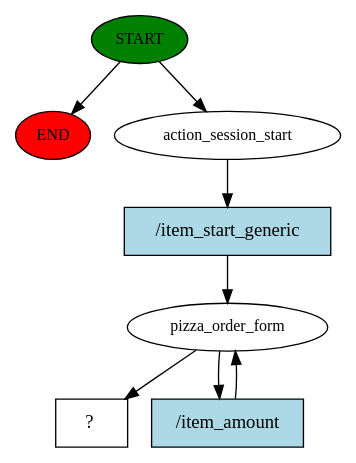
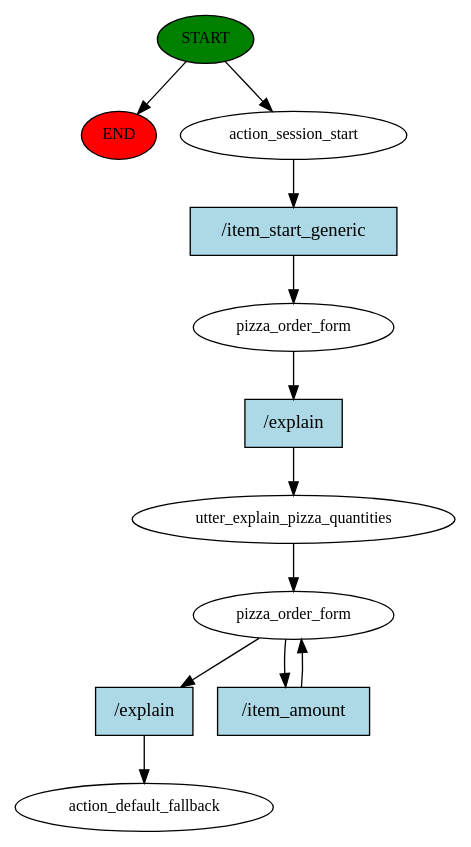
The diagram in story_graph.dot (ericsua/PizzaBot), drawn with Graphviz before and after one commit. The commit also changed 6 other files, not shown here.

Commit message:
fix actions, more ack response, future orders skeleton, greet rule, TOCHECK examples of mixed pizza steps (size+crust), synonyms, stories with explain at every step not working, only first one

```diff
--- a/story_graph.dot
+++ b/story_graph.dot
@@ -1,16 +1,24 @@
 digraph  {
 0 [class="start active", fillcolor=green, fontsize=12, label=START, style=filled];
 "-1" [class=end, fillcolor=red, fontsize=12, label=END, style=filled];
 1 [class=active, fontsize=12, label=action_session_start];
 2 [class=active, fontsize=12, label=pizza_order_form];
-5 [class="intent dashed active", label="  ?  ", shape=rect];
-6 [class="intent active", fillcolor=lightblue, label="/item_start_generic", shape=rect, style=filled];
-7 [class="intent active", fillcolor=lightblue, label="/item_amount", shape=rect, style=filled];
+3 [class=active, fontsize=12, label=utter_explain_pizza_quantities];
+4 [class=active, fontsize=12, label=pizza_order_form];
+6 [class="dashed active", fontsize=12, label=action_default_fallback];
+7 [class="intent active", fillcolor=lightblue, label="/item_start_generic", shape=rect, style=filled];
+8 [class="intent active", fillcolor=lightblue, label="/explain", shape=rect, style=filled];
+9 [class="intent active", fillcolor=lightblue, label="/explain", shape=rect, style=filled];
+10 [class="intent active", fillcolor=lightblue, label="/item_amount", shape=rect, style=filled];
 0 -> "-1"  [class="", key=NONE, label=""];
 0 -> 1  [class=active, key=NONE, label=""];
-1 -> 6  [class=active, key=0];
-2 -> 5  [class=active, key=NONE, label=""];
-2 -> 7  [class=active, key=0];
-6 -> 2  [class=active, key=0];
+1 -> 7  [class=active, key=0];
+2 -> 8  [class=active, key=0];
+3 -> 4  [class=active, key=NONE, label=""];
+4 -> 9  [class=active, key=0];
+4 -> 10  [class=active, key=0];
 7 -> 2  [class=active, key=0];
+8 -> 3  [class=active, key=0];
+9 -> 6  [class=active, key=0];
+10 -> 4  [class=active, key=0];
 }
```
